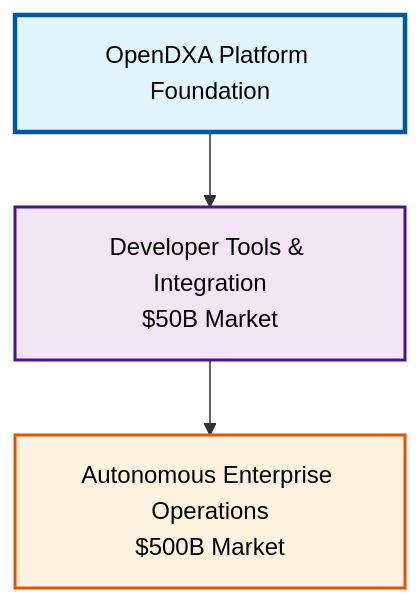
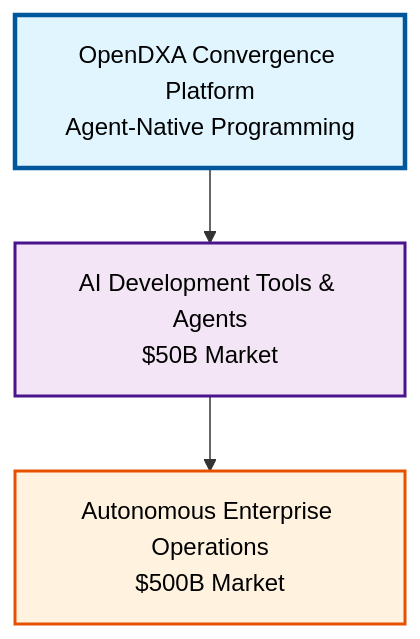
Before and after one commit to aitomatic/dana: the first of 2 diagrams in docs/for-investors/README.md, drawn with Mermaid. The commit also changed other lines of this file and 8 other files, not shown here.

````diff
--- a/docs/for-investors/README.md
+++ b/docs/for-investors/README.md
@@ -8,13 +7,13 @@
 ```mermaid
 graph TD
     A[Autonomous Enterprise Operations<br/>$500B Market]
-    B[Developer Tools & Integration<br/>$50B Market]
-    C[OpenDXA Platform Foundation]
+    B[AI Development Tools & Agents<br/>$50B Market]
+    C[OpenDXA Convergence Platform<br/>Agent-Native Programming]
     
     C --> B
     B --> A
     
     style A fill:#fff3e0,stroke:#e65100,stroke-width:2px,color:#000
     style B fill:#f3e5f5,stroke:#4a148c,stroke-width:2px,color:#000
     style C fill:#e1f5fe,stroke:#01579b,stroke-width:3px,color:#000
 ```
````
